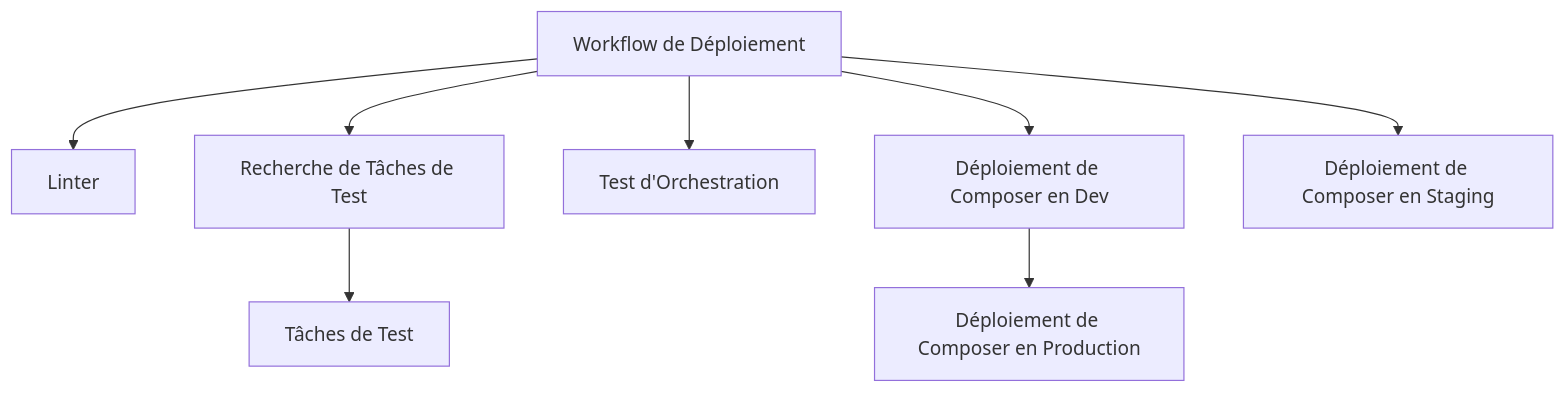
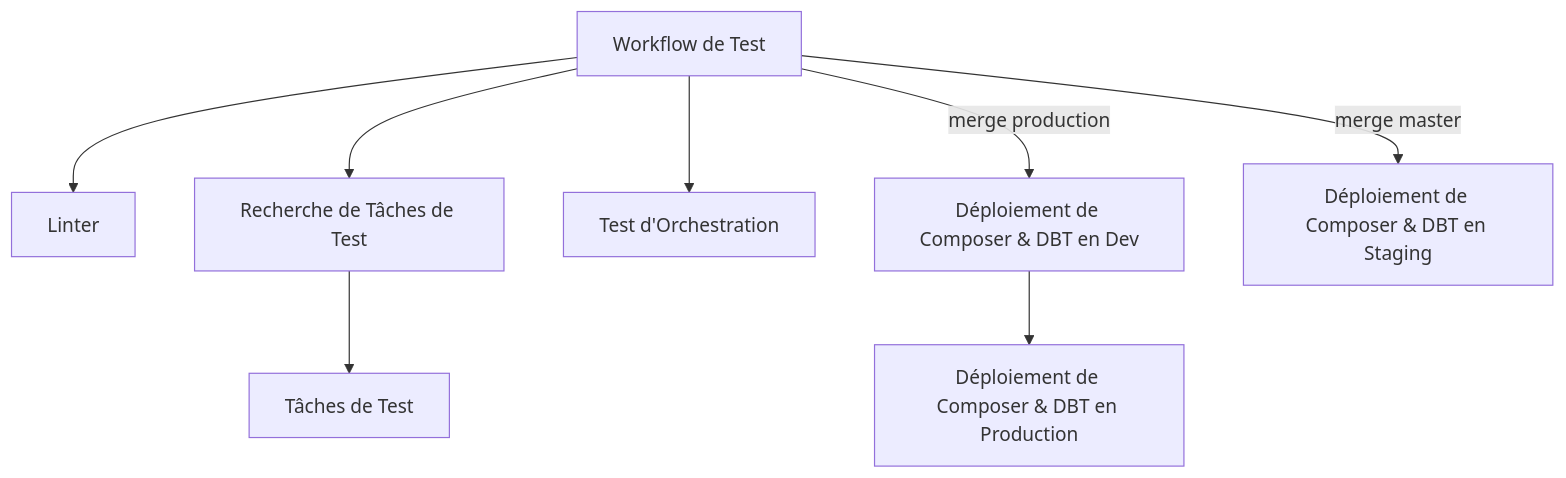
The second of 2 diagrams in README.md (pass-culture/data-gcp), drawn with Mermaid before and after one commit. The commit also changed other lines of this file, not shown here.

````diff
--- a/README.md
+++ b/README.md
@@ -210,10 +210,11 @@
 ```mermaid
 graph TD;
-    A[Workflow de Déploiement] --> B[Linter]
-    A[Workflow de Déploiement] --> C[Recherche de Tâches de Test]
-    C[Recherche de Tâches de Test] --> D[Tâches de Test]
-    A[Workflow de Déploiement] --> E[Test d'Orchestration]
-    A[Workflow de Déploiement] --> F[Déploiement de Composer en Dev]
-    F[Déploiement de Composer en Dev] --> G[Déploiement de Composer en Production]
-    A[Workflow de Déploiement] --> H[Déploiement de Composer en Staging]
+    A[Workflow de Test] --> B[Linter]
+    A --> C[Recherche de Tâches de Test]
+    C --> D[Tâches de Test]
+    A --> E[Test d'Orchestration]
+    A -->|merge production| F[Déploiement de Composer & DBT en Dev]
+    F --> G[Déploiement de Composer & DBT en Production]
+    A -->|merge master| H[Déploiement de Composer & DBT en Staging]
+
 ```
````
